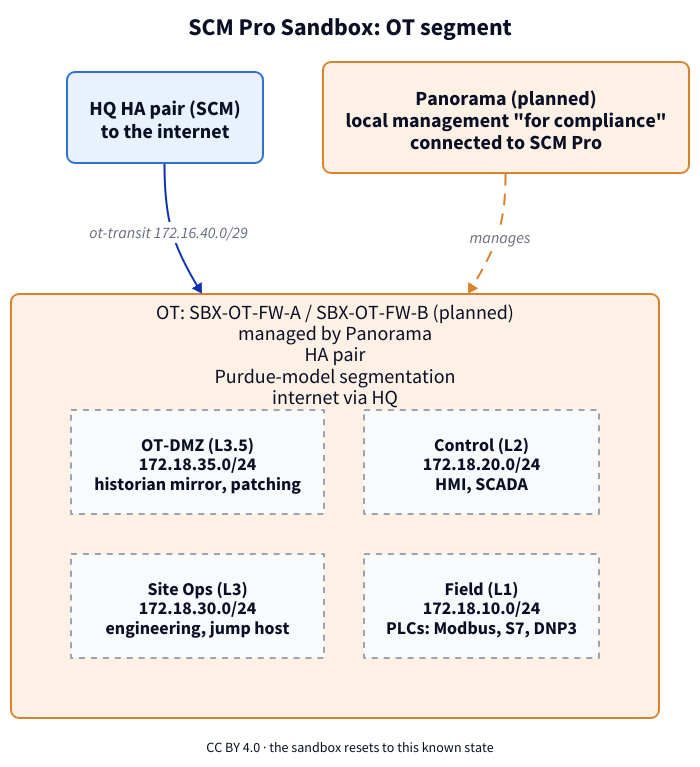
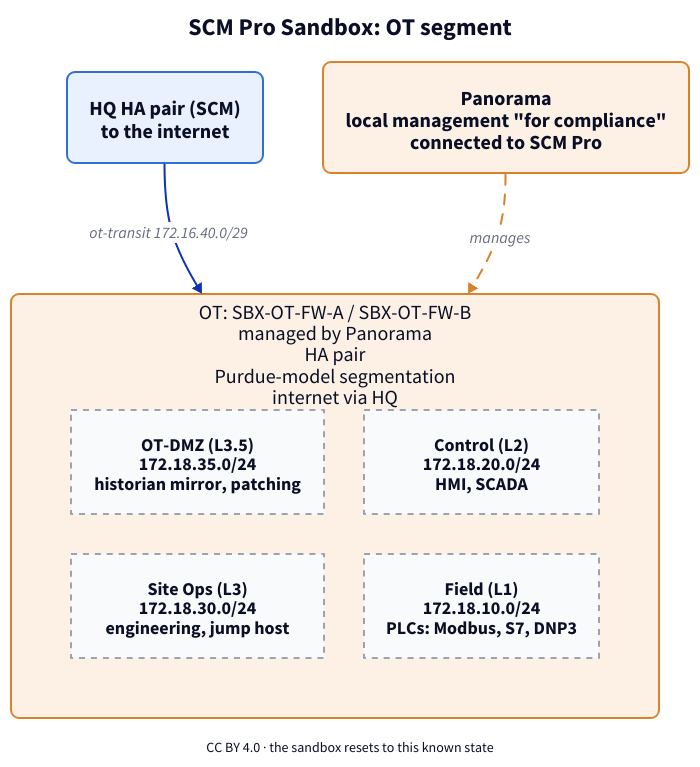
One commit to gegrsyn/SCMPro-Sandbox changed the diagram in drawings/ot.d2. Above: the diagram before and after it, drawn with D2. The commit also changed 6 other files, not shown here.

```diff
--- a/drawings/ot.d2
+++ b/drawings/ot.d2
@@ -1,23 +1,23 @@
 direction: down
 title: "SCM Pro Sandbox: OT segment" {near: top-center; shape: text; style.font-size: 24; style.bold: true}
 
 up: {
   label: "HQ HA pair (SCM)\nto the internet"
   style: {fill: "#e8f1fd"; stroke: "#2f6fd6"; border-radius: 8; font-size: 20}
 }
 panorama: {
-  label: "Panorama (planned)\nlocal management \"for compliance\"\nconnected to SCM Pro"
+  label: "Panorama\nlocal management \"for compliance\"\nconnected to SCM Pro"
   style: {fill: "#fdf1e6"; stroke: "#d9822b"; border-radius: 8; font-size: 20}
 }
 ot: {
-  label: "OT: SBX-OT-FW-A / SBX-OT-FW-B (planned)\nmanaged by Panorama\nHA pair\nPurdue-model segmentation\ninternet via HQ"
+  label: "OT: SBX-OT-FW-A / SBX-OT-FW-B\nmanaged by Panorama\nHA pair\nPurdue-model segmentation\ninternet via HQ"
   style: {fill: "#fdf1e6"; stroke: "#d9822b"; border-radius: 8; font-size: 20}
   grid-columns: 2
   z0: "OT-DMZ (L3.5)\n172.18.35.0/24\nhistorian mirror, patching" {style: {fill: "#f8fafc"; stroke: "#9aa3af"; stroke-dash: 3; font-size: 18}}
   z1: "Site Ops (L3)\n172.18.30.0/24\nengineering, jump host" {style: {fill: "#f8fafc"; stroke: "#9aa3af"; stroke-dash: 3; font-size: 18}}
   z2: "Control (L2)\n172.18.20.0/24\nHMI, SCADA" {style: {fill: "#f8fafc"; stroke: "#9aa3af"; stroke-dash: 3; font-size: 18}}
   z3: "Field (L1)\n172.18.10.0/24\nPLCs: Modbus, S7, DNP3" {style: {fill: "#f8fafc"; stroke: "#9aa3af"; stroke-dash: 3; font-size: 18}}
 }
 up -> ot: "ot-transit 172.16.40.0/29" {style: {font-size: 16}}
 panorama -> ot: manages {style: {stroke: "#d9822b"; stroke-dash: 5; font-size: 16}}
 foot: "CC BY 4.0 · the sandbox resets to this known state" {shape: text; near: bottom-center; style.font-size: 14}
```
